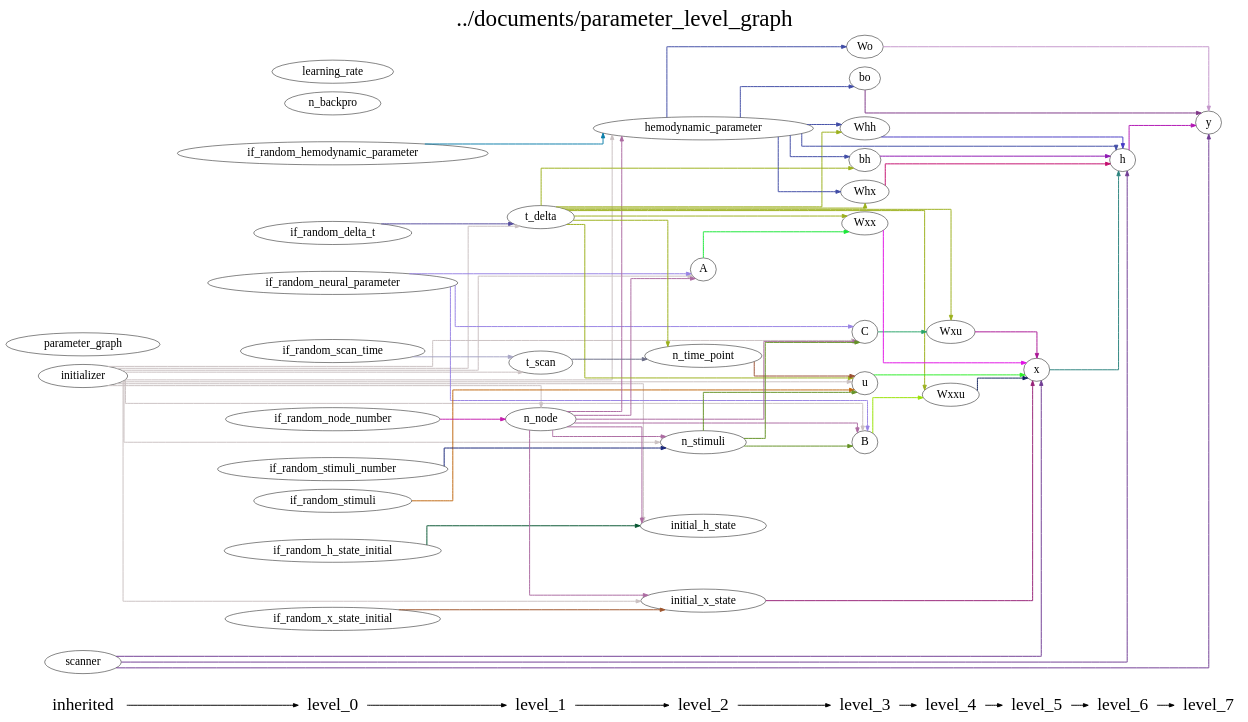
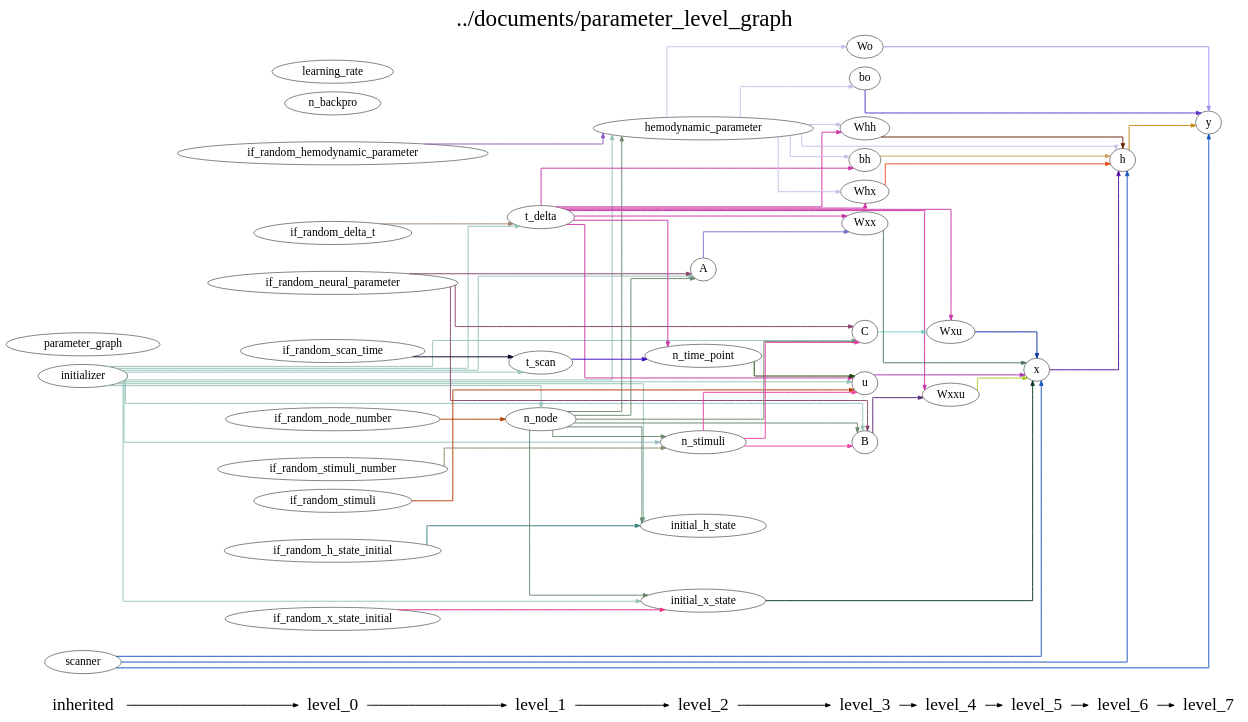
Before and after one commit to YuanWangOnward/DCM_RNN: the diagram in dcm_rnn/documents/parameter_level_graph.gv, drawn with Graphviz. The commit also changed 11 other files, not shown here.

```diff
--- a/dcm_rnn/documents/parameter_level_graph.gv
+++ b/dcm_rnn/documents/parameter_level_graph.gv
@@ -1,156 +1,156 @@
 digraph G {
           splines=ortho;
           fontsize = 48;
           rankdir = "LR";
           node[fontsize=24];
           edge[penwidth=2];
           {
           node [shape=plaintext fontsize=36];
           inherited -> 
           level_0 -> 
           level_1 -> 
           level_2 -> 
           level_3 -> 
           level_4 -> 
           level_5 -> 
           level_6 -> 
           level_7
           }
           {rank = same;
           inherited;
           initializer;
           parameter_graph;
           scanner;
           }
           {rank = same;
           level_0;
           if_random_neural_parameter;
           if_random_hemodynamic_parameter;
           if_random_x_state_initial;
           if_random_h_state_initial;
           if_random_stimuli;
           if_random_node_number;
           if_random_stimuli_number;
           if_random_delta_t;
           if_random_scan_time;
           n_backpro;
           learning_rate;
           }
           {rank = same;
           level_1;
           n_node;
           t_delta;
           t_scan;
           }
           {rank = same;
           level_2;
           n_time_point;
           n_stimuli;
           A;
           hemodynamic_parameter;
           initial_x_state;
           initial_h_state;
           }
           {rank = same;
           level_3;
           u;
           B;
           C;
           Wxx;
           Whx;
           Whh;
           bh;
           Wo;
           bo;
           }
           {rank = same;
           level_4;
           Wxxu;
           Wxu;
           }
           {rank = same;
           level_5;
           x;
           }
           {rank = same;
           level_6;
           h;
           }
           {rank = same;
           level_7;
           y;
           }
-          hemodynamic_parameter -> Whx [color="#404CA6"];
-          hemodynamic_parameter -> Wo [color="#404CA6"];
-          hemodynamic_parameter -> bo [color="#404CA6"];
-          hemodynamic_parameter -> Whh [color="#404CA6"];
-          hemodynamic_parameter -> h [color="#404CA6"];
-          hemodynamic_parameter -> bh [color="#404CA6"];
-          Wo -> y [color="#C496CB"];
+          if_random_node_number -> n_node [color="#B54503"];
+          Wo -> y [color="#9C91EC"];
+          Whx -> h [color="#E74E21"];
+          if_random_x_state_initial -> initial_x_state [color="#EA3084"];
+          h -> y [color="#C48814"];
+          Whh -> h [color="#642204"];
+          Wxu -> x [color="#0A3199"];
+          scanner -> h [color="#1854BC"];
+          scanner -> y [color="#1854BC"];
+          scanner -> x [color="#1854BC"];
+          n_stimuli -> B [color="#EB41A8"];
+          n_stimuli -> u [color="#EB41A8"];
+          n_stimuli -> C [color="#EB41A8"];
+          n_backpro ;
+          t_delta -> Wxu [color="#CB35A7"];
+          t_delta -> Whx [color="#CB35A7"];
+          t_delta -> n_time_point [color="#CB35A7"];
+          t_delta -> Wxxu [color="#CB35A7"];
+          t_delta -> u [color="#CB35A7"];
+          t_delta -> Wxx [color="#CB35A7"];
+          t_delta -> bh [color="#CB35A7"];
+          t_delta -> Whh [color="#CB35A7"];
+          x -> h [color="#560EA4"];
+          if_random_stimuli -> u [color="#BA3B04"];
+          n_node -> B [color="#68886C"];
+          n_node -> n_stimuli [color="#68886C"];
+          n_node -> initial_x_state [color="#68886C"];
+          n_node -> hemodynamic_parameter [color="#68886C"];
+          n_node -> initial_h_state [color="#68886C"];
+          n_node -> C [color="#68886C"];
+          n_node -> A [color="#68886C"];
+          n_time_point -> u [color="#154905"];
+          if_random_h_state_initial -> initial_h_state [color="#3A8182"];
+          Wxxu -> x [color="#A8C827"];
+          u -> x [color="#A935B3"];
+          Wxx -> x [color="#4E7961"];
+          if_random_delta_t -> t_delta [color="#9E8572"];
+          if_random_neural_parameter -> B [color="#88466C"];
+          if_random_neural_parameter -> C [color="#88466C"];
+          if_random_neural_parameter -> A [color="#88466C"];
+          bh -> h [color="#CCA265"];
+          y ;
+          t_scan -> n_time_point [color="#3C09C0"];
+          if_random_hemodynamic_parameter -> hemodynamic_parameter [color="#9259C2"];
+          bo -> y [color="#5732C7"];
+          learning_rate ;
+          initial_x_state -> x [color="#073B21"];
+          hemodynamic_parameter -> Wo [color="#C4C2E7"];
+          hemodynamic_parameter -> h [color="#C4C2E7"];
+          hemodynamic_parameter -> Whx [color="#C4C2E7"];
+          hemodynamic_parameter -> bh [color="#C4C2E7"];
+          hemodynamic_parameter -> Whh [color="#C4C2E7"];
+          hemodynamic_parameter -> bo [color="#C4C2E7"];
           parameter_graph ;
-          n_time_point -> u [color="#9B5033"];
-          learning_rate ;
-          if_random_stimuli -> u [color="#C06810"];
-          h -> y [color="#B114B3"];
-          Whx -> h [color="#C40E6E"];
-          if_random_x_state_initial -> initial_x_state [color="#9E542B"];
-          if_random_stimuli_number -> n_stimuli [color="#162479"];
-          scanner -> y [color="#703C94"];
-          scanner -> x [color="#703C94"];
-          scanner -> h [color="#703C94"];
-          Wxxu -> x [color="#11225C"];
-          n_node -> hemodynamic_parameter [color="#AC6AA1"];
-          n_node -> n_stimuli [color="#AC6AA1"];
-          n_node -> initial_h_state [color="#AC6AA1"];
-          n_node -> C [color="#AC6AA1"];
-          n_node -> initial_x_state [color="#AC6AA1"];
-          n_node -> B [color="#AC6AA1"];
-          n_node -> A [color="#AC6AA1"];
-          if_random_scan_time -> t_scan [color="#A7A5C5"];
-          t_scan -> n_time_point [color="#6C6E88"];
-          if_random_hemodynamic_parameter -> hemodynamic_parameter [color="#0B7EAA"];
-          if_random_delta_t -> t_delta [color="#554C9E"];
-          y ;
-          if_random_node_number -> n_node [color="#C51EAE"];
-          if_random_h_state_initial -> initial_h_state [color="#075632"];
-          initial_x_state -> x [color="#972278"];
+          if_random_stimuli_number -> n_stimuli [color="#878B6C"];
           initial_h_state ;
-          C -> Wxu [color="#28A469"];
-          initializer -> hemodynamic_parameter [color="#CAC1C2"];
-          initializer -> n_stimuli [color="#CAC1C2"];
-          initializer -> n_node [color="#CAC1C2"];
-          initializer -> t_scan [color="#CAC1C2"];
-          initializer -> initial_h_state [color="#CAC1C2"];
-          initializer -> C [color="#CAC1C2"];
-          initializer -> t_delta [color="#CAC1C2"];
-          initializer -> initial_x_state [color="#CAC1C2"];
-          initializer -> u [color="#CAC1C2"];
-          initializer -> B [color="#CAC1C2"];
-          initializer -> A [color="#CAC1C2"];
-          if_random_neural_parameter -> C [color="#9883E4"];
-          if_random_neural_parameter -> B [color="#9883E4"];
-          if_random_neural_parameter -> A [color="#9883E4"];
-          bo -> y [color="#7E3686"];
-          n_backpro ;
-          Whh -> h [color="#483AC5"];
-          t_delta -> n_time_point [color="#9BB01C"];
-          t_delta -> Whx [color="#9BB01C"];
-          t_delta -> Wxxu [color="#9BB01C"];
-          t_delta -> Wxx [color="#9BB01C"];
-          t_delta -> Whh [color="#9BB01C"];
-          t_delta -> Wxu [color="#9BB01C"];
-          t_delta -> u [color="#9BB01C"];
-          t_delta -> bh [color="#9BB01C"];
-          Wxu -> x [color="#AA1695"];
-          Wxx -> x [color="#E111E5"];
-          u -> x [color="#2AEE26"];
-          A -> Wxx [color="#17E736"];
-          n_stimuli -> C [color="#649225"];
-          n_stimuli -> u [color="#649225"];
-          n_stimuli -> B [color="#649225"];
-          B -> Wxxu [color="#99E204"];
-          bh -> h [color="#8E17B2"];
-          x -> h [color="#2B837E"];
+          B -> Wxxu [color="#532877"];
+          initializer -> t_scan [color="#95C3BB"];
+          initializer -> t_delta [color="#95C3BB"];
+          initializer -> B [color="#95C3BB"];
+          initializer -> n_node [color="#95C3BB"];
+          initializer -> n_stimuli [color="#95C3BB"];
+          initializer -> u [color="#95C3BB"];
+          initializer -> initial_x_state [color="#95C3BB"];
+          initializer -> hemodynamic_parameter [color="#95C3BB"];
+          initializer -> initial_h_state [color="#95C3BB"];
+          initializer -> C [color="#95C3BB"];
+          initializer -> A [color="#95C3BB"];
+          C -> Wxu [color="#74CEC6"];
+          if_random_scan_time -> t_scan [color="#090429"];
+          A -> Wxx [color="#7272C7"];
           labelloc = "t";
           label = "../documents/parameter_level_graph";
 }
```
